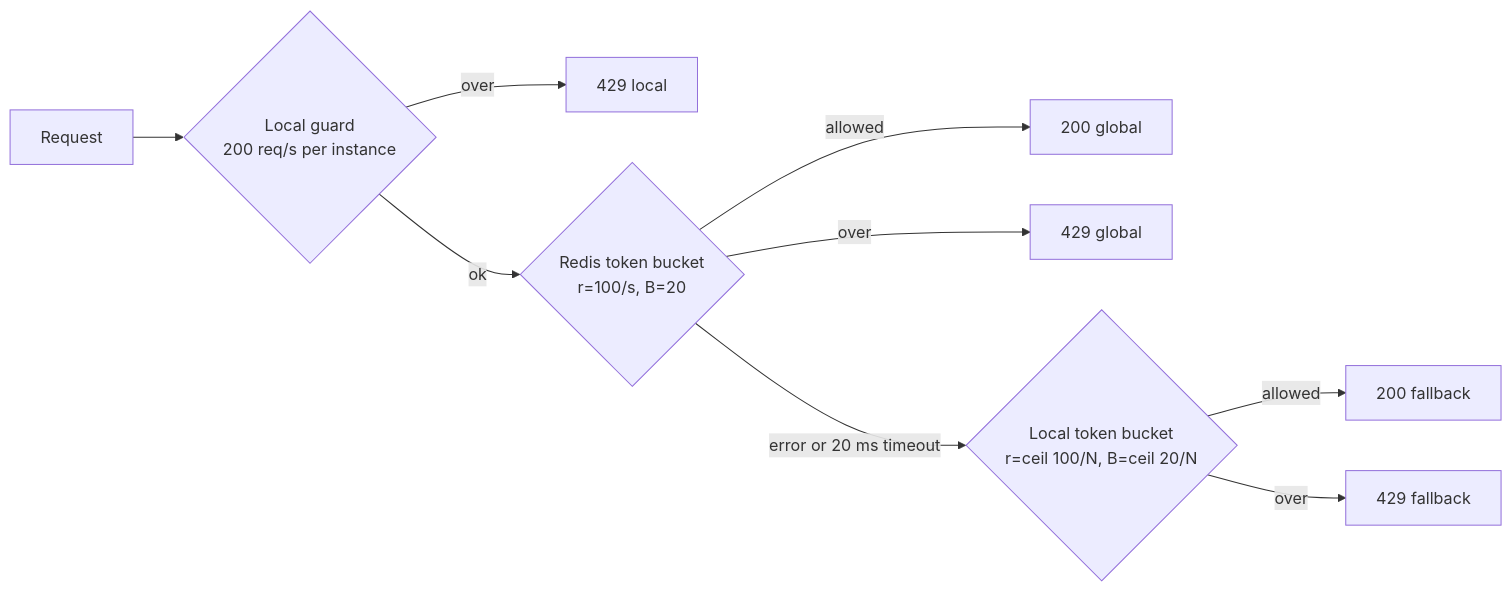
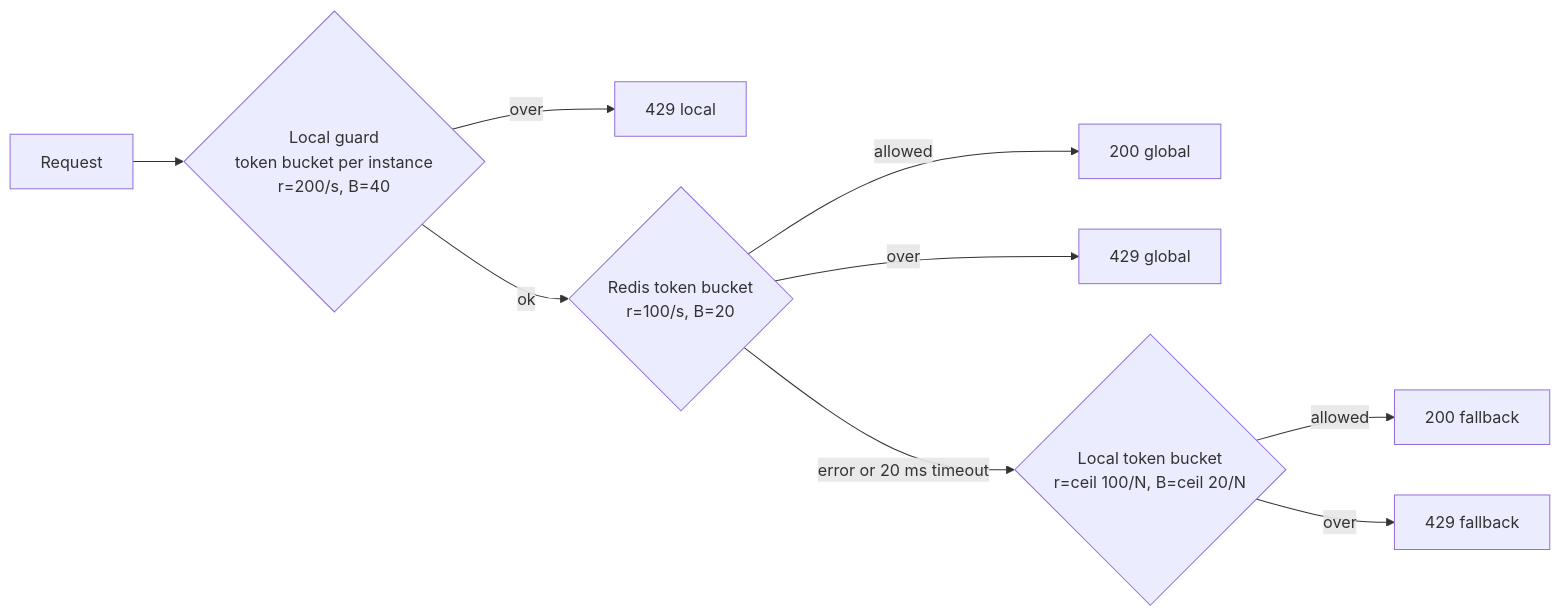
The diagram in README.md (zyishai/rate-limiter), drawn with Mermaid before and after one commit. The commit also changed other lines of this file, not shown here.

First line of the commit message:
docs: document the token-bucket guard, test fixes and report

````diff
--- a/README.md
+++ b/README.md
@@ -18,11 +18,11 @@
 ```mermaid
 flowchart LR
-  R[Request] --> L{Local guard<br/>200 req/s per instance}
+  R[Request] --> L{Local guard<br/>token bucket per instance<br/>r=200/s, B=40}
   L -- over --> L429[429 local]
   L -- ok --> G{Redis token bucket<br/>r=100/s, B=20}
   G -- allowed --> G200[200 global]
   G -- over --> G429[429 global]
   G -- error or 20 ms timeout --> F{Local token bucket<br/>r=ceil 100/N, B=ceil 20/N}
   F -- allowed --> F200[200 fallback]
   F -- over --> F429[429 fallback]
 ```
````
